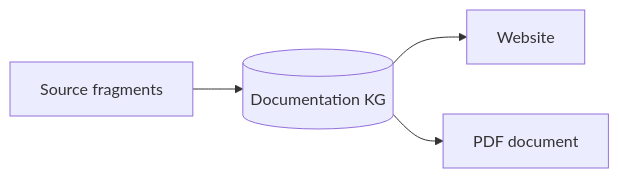
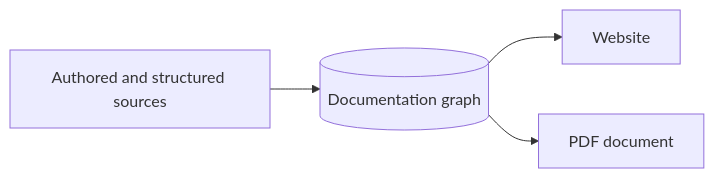
Before and after one commit to EKGF/grapharch: the diagram in docs/features/sources/files/markdown.md, drawn with Mermaid. The commit also changed other lines of this file and 42 other files, not shown here.

````diff
--- a/docs/features/sources/files/markdown.md
+++ b/docs/features/sources/files/markdown.md
@@ -81,6 +49,6 @@
 ```mermaid
 flowchart LR
-    Source[Source fragments] --> KG[(Documentation KG)]
+    Sources[Authored and structured sources] --> KG[(Documentation graph)]
     KG --> Website[Website]
-    KG --> PDF[PDF document]
+    KG --> Document[PDF document]
 ```
````
